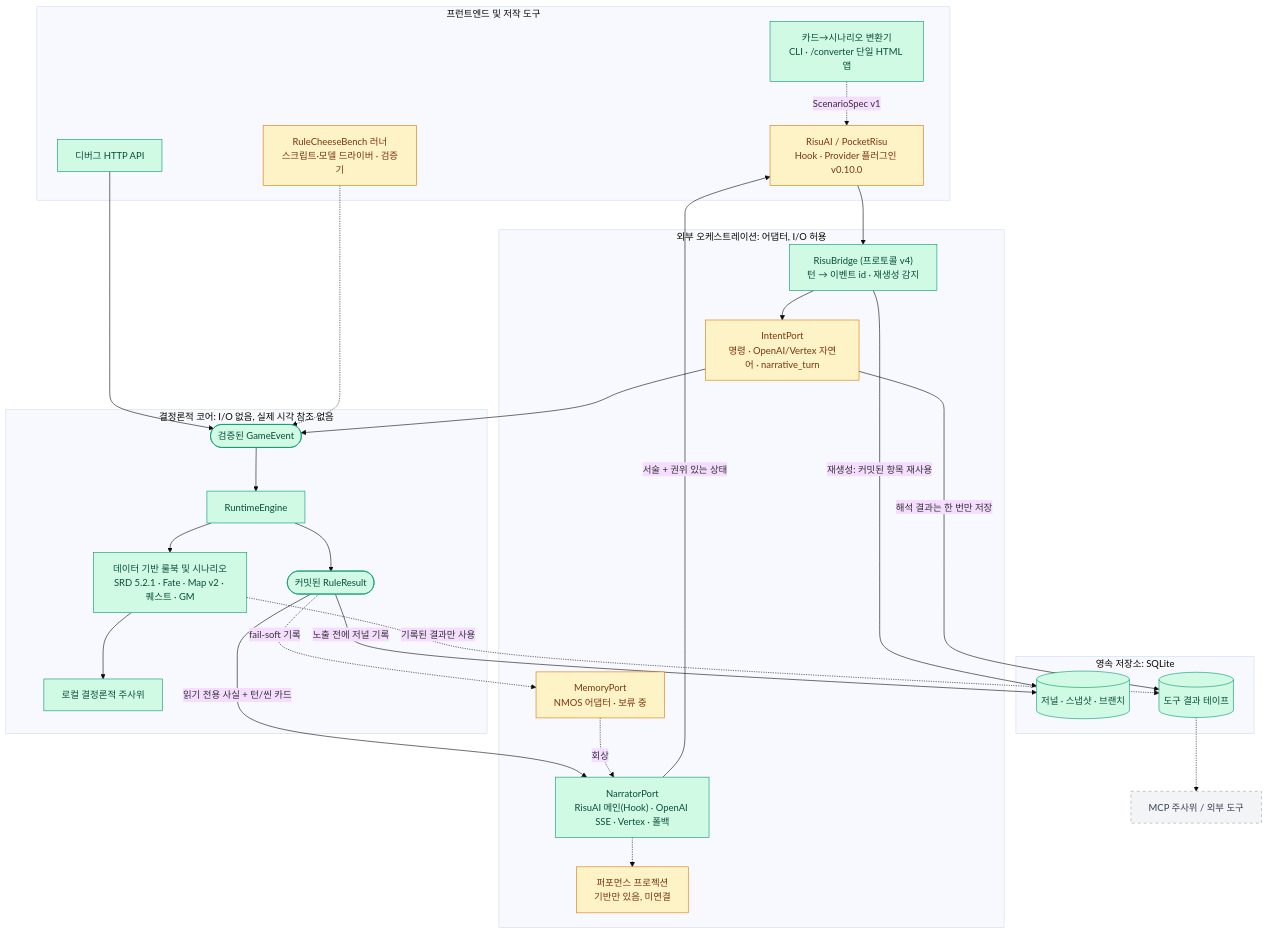
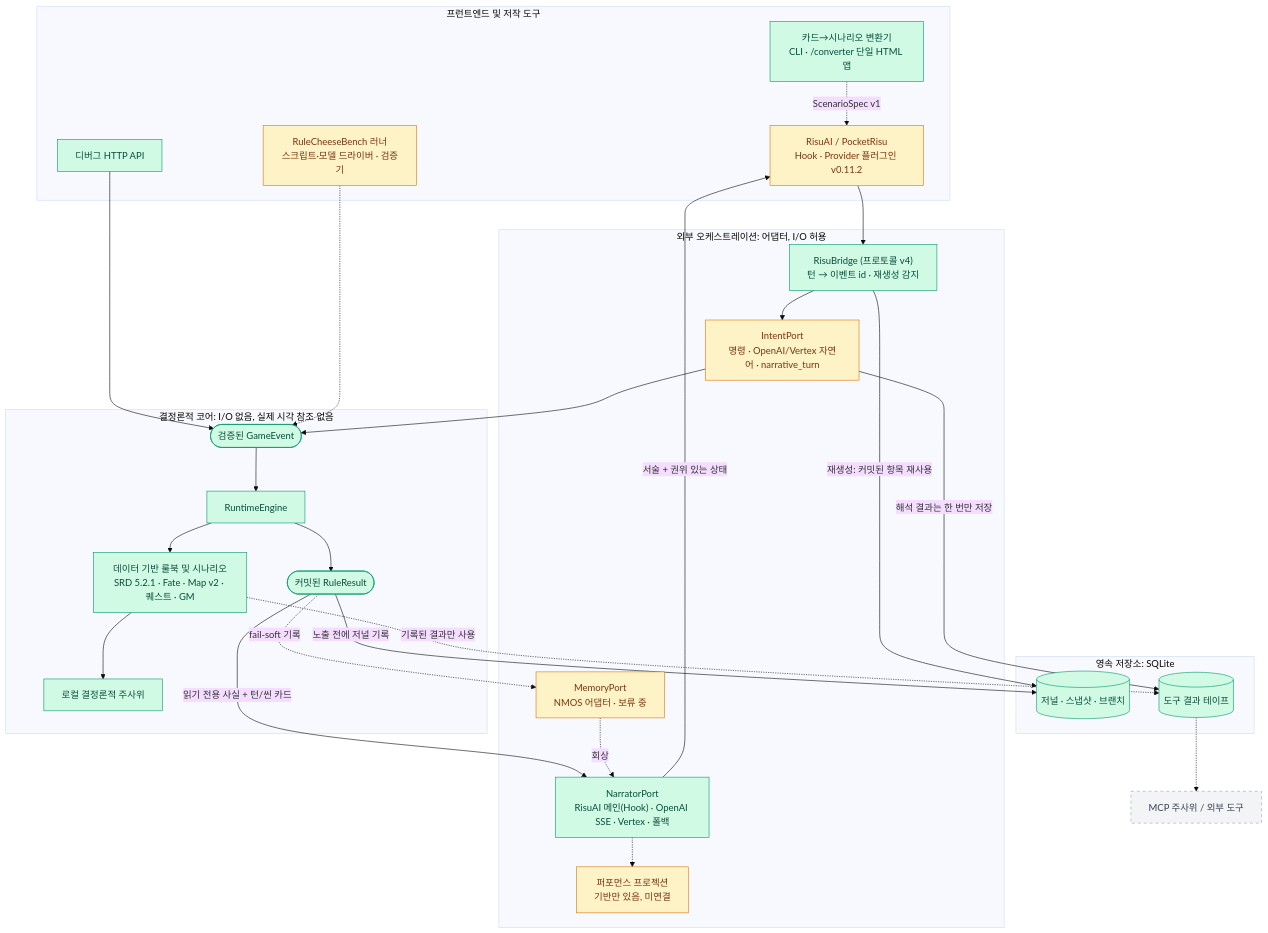
Before and after one commit to Sallos725/SAGA: the first of 2 diagrams in README.ko.md, drawn with Mermaid (base theme). The commit also changed other lines of this file and 11 other files, not shown here.

````diff
--- a/README.ko.md
+++ b/README.ko.md
@@ -41,53 +42,53 @@
 ```mermaid
 flowchart TD
     subgraph FE["프런트엔드 및 저작 도구"]
-        risu["RisuAI / PocketRisu<br/>Hook · Provider 플러그인 v0.10.0"]:::partial
+        risu["RisuAI / PocketRisu<br/>Hook · Provider 플러그인 v0.11.2"]:::partial
         conv["카드→시나리오 변환기<br/>CLI · /converter 단일 HTML 앱"]:::done
         http["디버그 HTTP API"]:::done
         bench["RuleCheeseBench 러너<br/>스크립트·모델 드라이버 · 검증기"]:::partial
     end
 
     subgraph OUT["외부 오케스트레이션: 어댑터, I/O 허용"]
         bridge["RisuBridge (프로토콜 v4)<br/>턴 → 이벤트 id · 재생성 감지"]:::done
         intent["IntentPort<br/>명령 · OpenAI/Vertex 자연어 · narrative_turn"]:::partial
         narr["NarratorPort<br/>RisuAI 메인(Hook) · OpenAI SSE · Vertex · 폴백"]:::done
         mem["MemoryPort<br/>NMOS 어댑터 · 보류 중"]:::partial
         perf["퍼포먼스 프로젝션<br/>기반만 있음, 미연결"]:::partial
     end
 
     subgraph CORE["결정론적 코어: I/O 없음, 실제 시각 참조 없음"]
         event(["검증된 GameEvent"]):::done
         engine["RuntimeEngine"]:::done
         rules["데이터 기반 룰북 및 시나리오<br/>SRD 5.2.1 · Fate · Map v2 · 퀘스트 · GM"]:::done
         dice["로컬 결정론적 주사위"]:::done
         result(["커밋된 RuleResult"]):::done
     end
 
     subgraph STORE["영속 저장소: SQLite"]
         journal[("저널 · 스냅샷 · 브랜치")]:::done
         tape[("도구 결과 테이프")]:::done
     end
 
     mcp["MCP 주사위 / 외부 도구"]:::planned
 
     conv -. "ScenarioSpec v1" .-> risu
     risu --> bridge --> intent --> event
     http --> event
     bench -.-> event
     event --> engine --> rules --> dice
     engine --> result
     result -- "노출 전에 저널 기록" --> journal
     intent -- "해석 결과는 한 번만 저장" --> tape
     rules -. "기록된 결과만 사용" .-> tape
     tape -.-> mcp
     bridge -- "재생성: 커밋된 항목 재사용" --> journal
     result -- "읽기 전용 사실 + 턴/씬 카드" --> narr
     narr -- "서술 + 권위 있는 상태" --> risu
     result -. "fail-soft 기록" .-> mem
     mem -. "회상" .-> narr
     narr -.-> perf
 
     classDef done fill:#d1fae5,stroke:#059669,color:#064e3b
     classDef partial fill:#fef3c7,stroke:#d97706,color:#78350f
     classDef planned fill:#f3f4f6,stroke:#9ca3af,color:#374151,stroke-dasharray: 5 5
 ```
````
